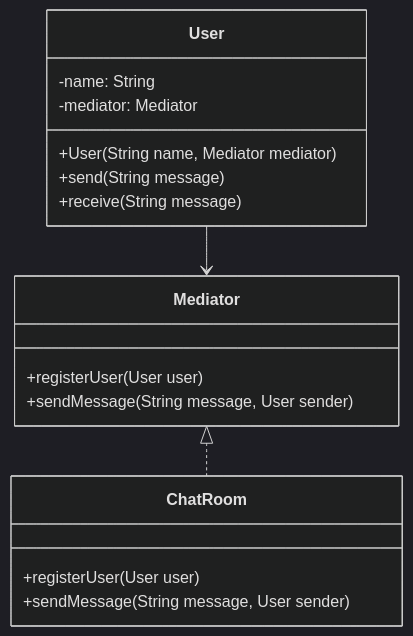
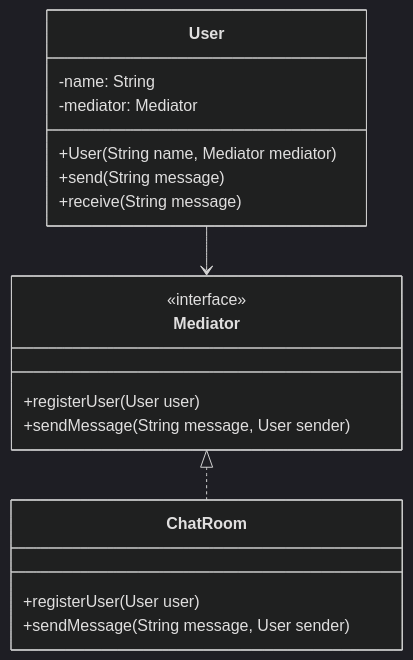
Before and after one commit to handeycor/sabana-design-pattern: the third of 3 diagrams in README.md, drawn with Mermaid (dark theme).

Commit message:
exercise 3

````diff
--- a/README.md
+++ b/README.md
@@ -235,24 +235,26 @@
 ```mermaid
 classDiagram
     class Mediator {
+        <<interface>>
         +registerUser(User user)
         +sendMessage(String message, User sender)
     }
 
     class ChatRoom {
         +registerUser(User user)
         +sendMessage(String message, User sender)
     }
 
     class User {
         -name: String
         -mediator: Mediator
         +User(String name, Mediator mediator)
         +send(String message)
         +receive(String message)
     }
 
     Mediator <|.. ChatRoom
     User --> Mediator
 
+
 ```
````
